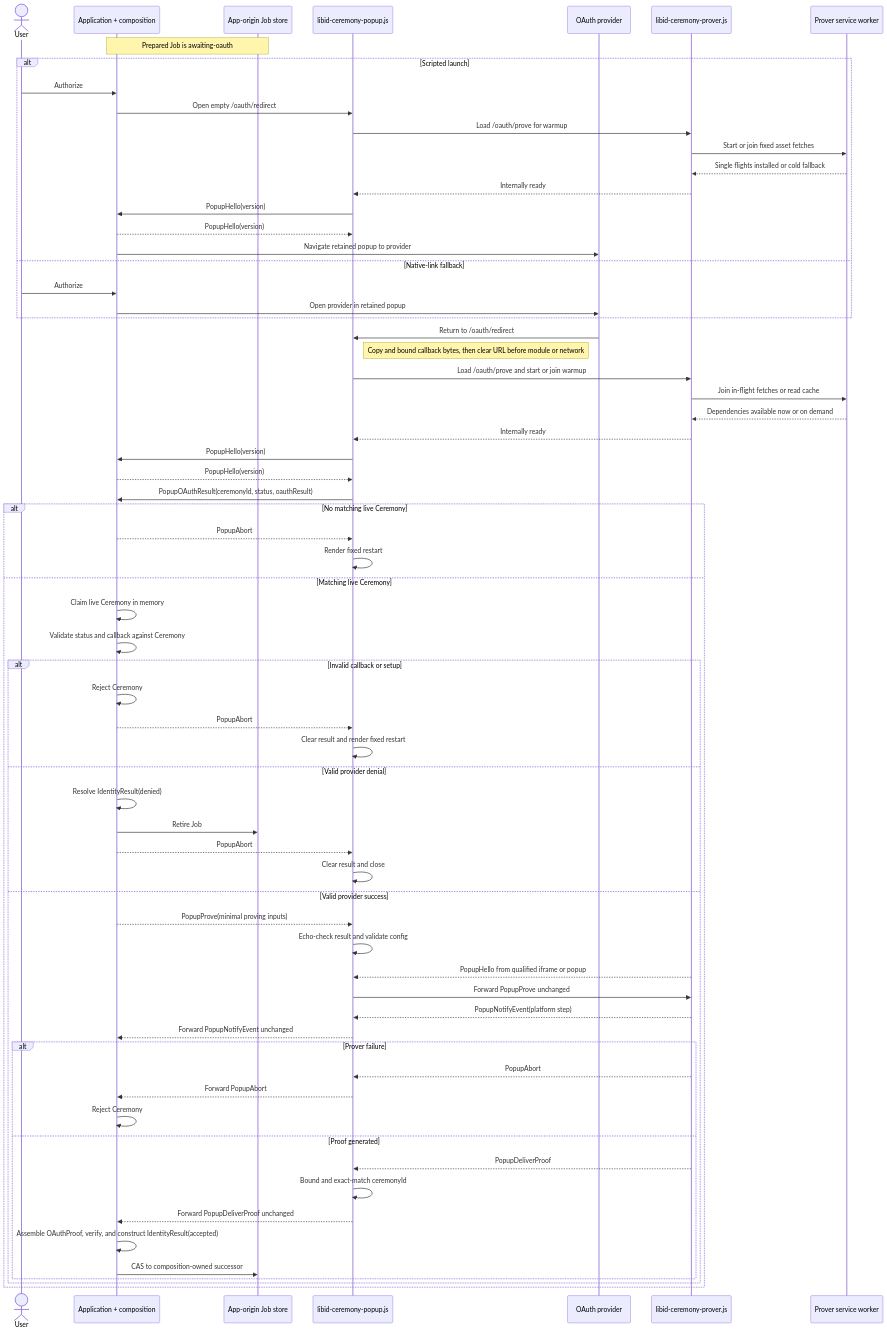
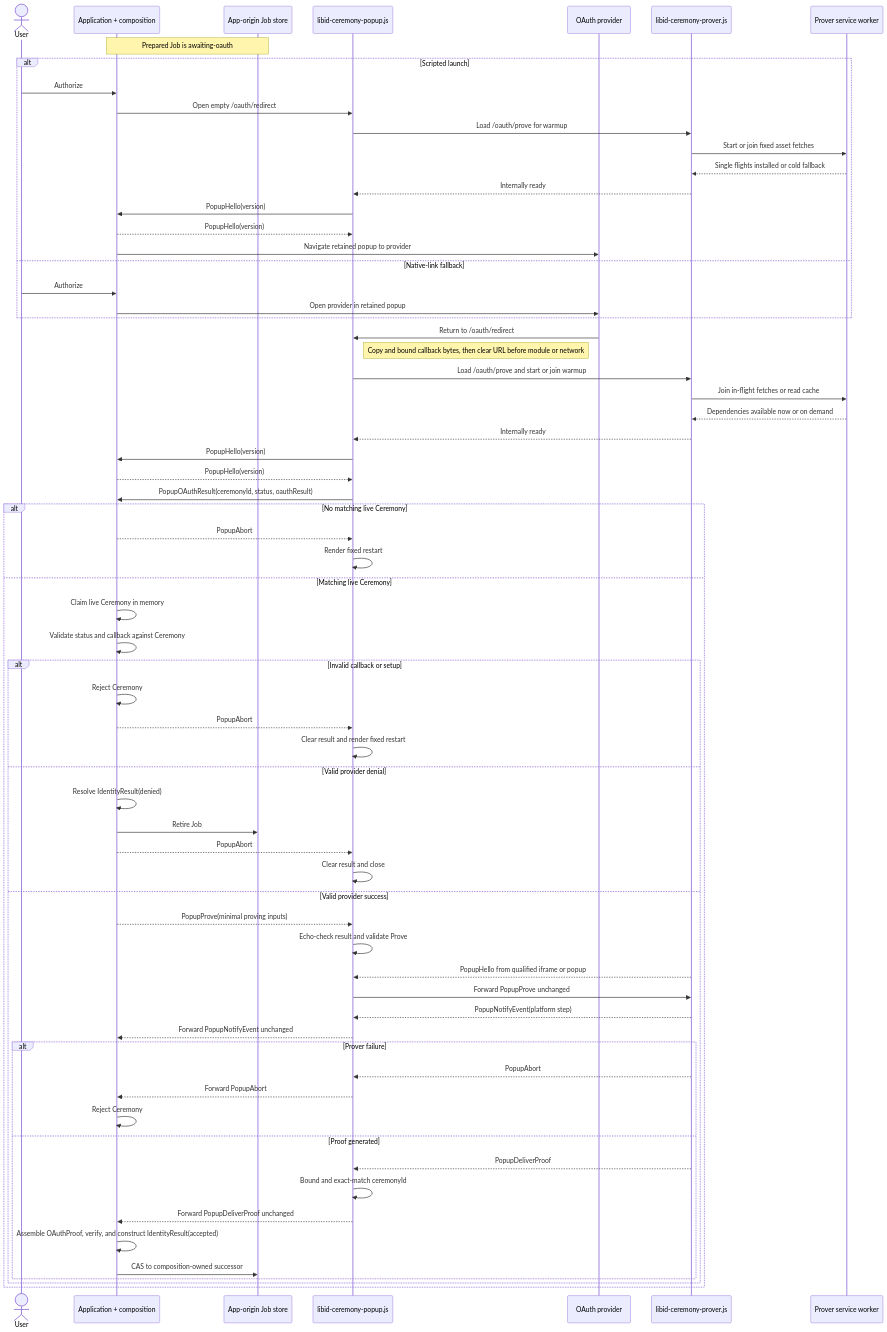
Before and after one commit to libid-org/libid: the diagram in ts/packages/ceremony/ARCHITECTURE.md, drawn with Mermaid. The commit also changed other lines of this file and 1 other file, not shown here.

Commit message:
docs(ceremony): carry OAuth flight in Prove

````diff
--- a/ts/packages/ceremony/ARCHITECTURE.md
+++ b/ts/packages/ceremony/ARCHITECTURE.md
@@ -588,71 +583,71 @@
 ```mermaid
 sequenceDiagram
     actor U as User
     participant A as Application + composition
     participant J as App-origin Job store
     participant C as libid-ceremony-popup.js
     participant O as OAuth provider
     participant P as libid-ceremony-prover.js
     participant W as Prover service worker
 
     Note over A,J: Prepared Job is awaiting-oauth
     alt Scripted launch
         U->>A: Authorize
         A->>C: Open empty /oauth/redirect
         C->>P: Load /oauth/prove for warmup
         P->>W: Start or join fixed asset fetches
         W-->>P: Single flights installed or cold fallback
         P-->>C: Internally ready
         C->>A: PopupHello(version)
         A-->>C: PopupHello(version)
         A->>O: Navigate retained popup to provider
     else Native-link fallback
         U->>A: Authorize
         A->>O: Open provider in retained popup
     end
     O->>C: Return to /oauth/redirect
     Note right of C: Copy and bound callback bytes, then clear URL before module or network
     C->>P: Load /oauth/prove and start or join warmup
     P->>W: Join in-flight fetches or read cache
     W-->>P: Dependencies available now or on demand
     P-->>C: Internally ready
     C->>A: PopupHello(version)
     A-->>C: PopupHello(version)
     C->>A: PopupOAuthResult(ceremonyId, status, oauthResult)
     alt No matching live Ceremony
         A-->>C: PopupAbort
         C->>C: Render fixed restart
     else Matching live Ceremony
         A->>A: Claim live Ceremony in memory
         A->>A: Validate status and callback against Ceremony
 
         alt Invalid callback or setup
             A->>A: Reject Ceremony
             A-->>C: PopupAbort
             C->>C: Clear result and render fixed restart
         else Valid provider denial
             A->>A: Resolve IdentityResult(denied)
             A->>J: Retire Job
             A-->>C: PopupAbort
             C->>C: Clear result and close
         else Valid provider success
             A-->>C: PopupProve(minimal proving inputs)
-            C->>C: Echo-check result and validate config
+            C->>C: Echo-check result and validate Prove
             P-->>C: PopupHello from qualified iframe or popup
             C->>P: Forward PopupProve unchanged
             P-->>C: PopupNotifyEvent(platform step)
             C-->>A: Forward PopupNotifyEvent unchanged
             alt Prover failure
                 P-->>C: PopupAbort
                 C-->>A: Forward PopupAbort
                 A->>A: Reject Ceremony
             else Proof generated
                 P-->>C: PopupDeliverProof
                 C->>C: Bound and exact-match ceremonyId
                 C-->>A: Forward PopupDeliverProof unchanged
                 A->>A: Assemble OAuthProof, verify, and construct IdentityResult(accepted)
                 A->>J: CAS to composition-owned successor
             end
         end
     end
 ```
````
